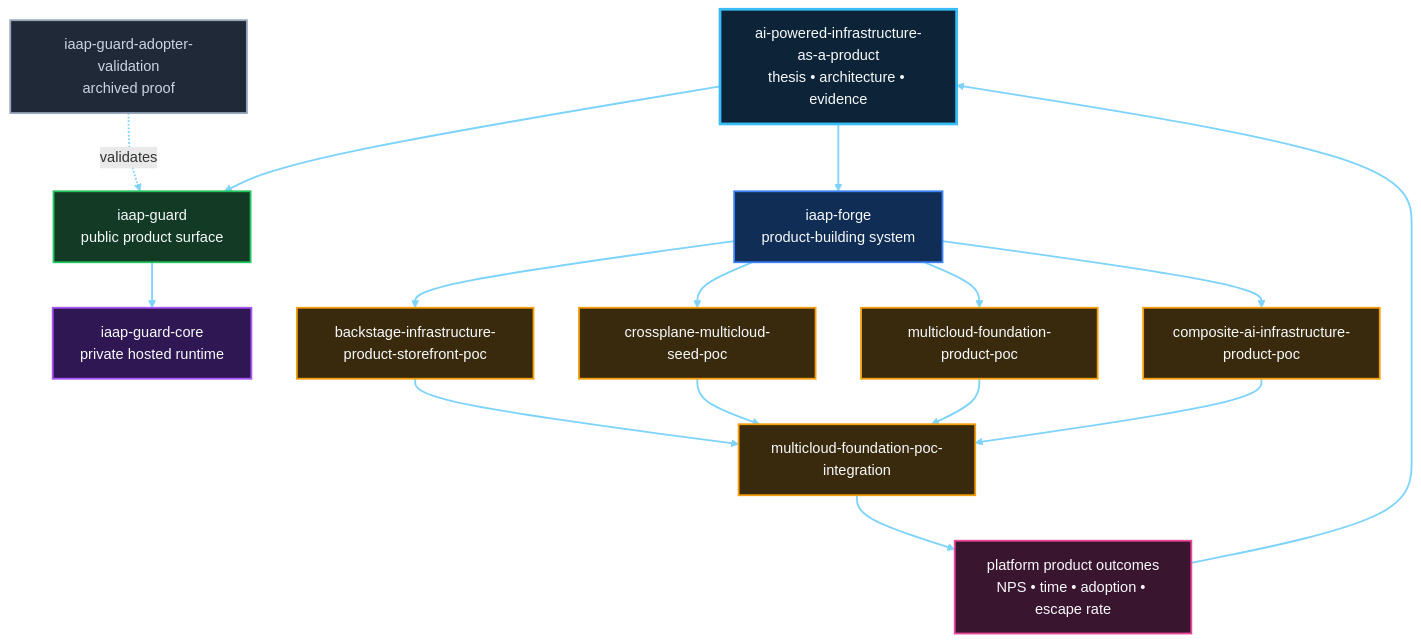
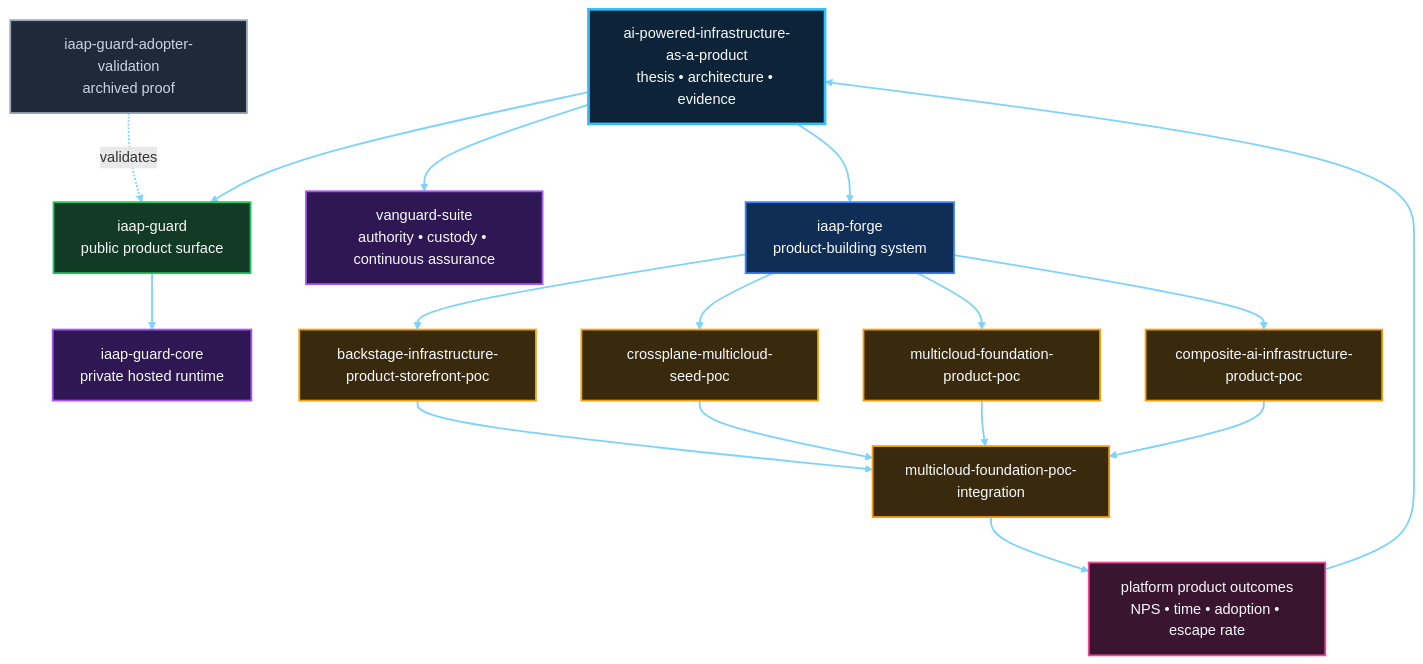
The first of 2 diagrams in docs/poc-portfolio.md (SAABOLImpactVenture/ai-powered-infrastructure-as-a-product), drawn with Mermaid before and after one commit. The commit also changed other lines of this file and 3 other files, not shown here.

````diff
--- a/docs/poc-portfolio.md
+++ b/docs/poc-portfolio.md
@@ -7,46 +7,49 @@
 ```mermaid
 flowchart TB
   HUB["ai-powered-infrastructure-as-a-product<br/>thesis • architecture • evidence"]
   GUARD["iaap-guard<br/>public product surface"]
+  VANGUARD["vanguard-suite<br/>authority • custody • continuous assurance"]
   CORE["iaap-guard-core<br/>private hosted runtime"]
   FORGE["iaap-forge<br/>product-building system"]
   STORE["backstage-infrastructure-product-storefront-poc"]
   SEED["crossplane-multicloud-seed-poc"]
   PRODUCT["multicloud-foundation-product-poc"]
   AI["composite-ai-infrastructure-product-poc"]
   INT["multicloud-foundation-poc-integration"]
   ADOPTER["iaap-guard-adopter-validation<br/>archived proof"]
   OUT["platform product outcomes<br/>NPS • time • adoption • escape rate"]
 
   HUB --> GUARD
+  HUB --> VANGUARD
   HUB --> FORGE
   GUARD --> CORE
   FORGE --> STORE
   FORGE --> SEED
   FORGE --> PRODUCT
   FORGE --> AI
   STORE --> INT
   SEED --> INT
   PRODUCT --> INT
   AI --> INT
   ADOPTER -. validates .-> GUARD
   INT --> OUT
   OUT --> HUB
 
   classDef front fill:#0D2438,stroke:#38BDF8,stroke-width:3px,color:#F8FAFC
   classDef public fill:#123A24,stroke:#22C55E,stroke-width:2px,color:#F8FAFC
   classDef private fill:#2E1752,stroke:#A855F7,stroke-width:2px,color:#F8FAFC
   classDef internal fill:#102D55,stroke:#3B82F6,stroke-width:2px,color:#F8FAFC
   classDef poc fill:#3A2A0D,stroke:#F59E0B,stroke-width:2px,color:#F8FAFC
   classDef archived fill:#1F2937,stroke:#94A3B8,stroke-width:2px,color:#CBD5E1
   classDef outcome fill:#3A1530,stroke:#EC4899,stroke-width:2px,color:#F8FAFC
 
   class HUB front
   class GUARD public
+  class VANGUARD private
   class CORE private
   class FORGE internal
   class STORE,SEED,PRODUCT,AI,INT poc
   class ADOPTER archived
   class OUT outcome
   linkStyle default stroke:#7DD3FC,stroke-width:2px
 ```
````
